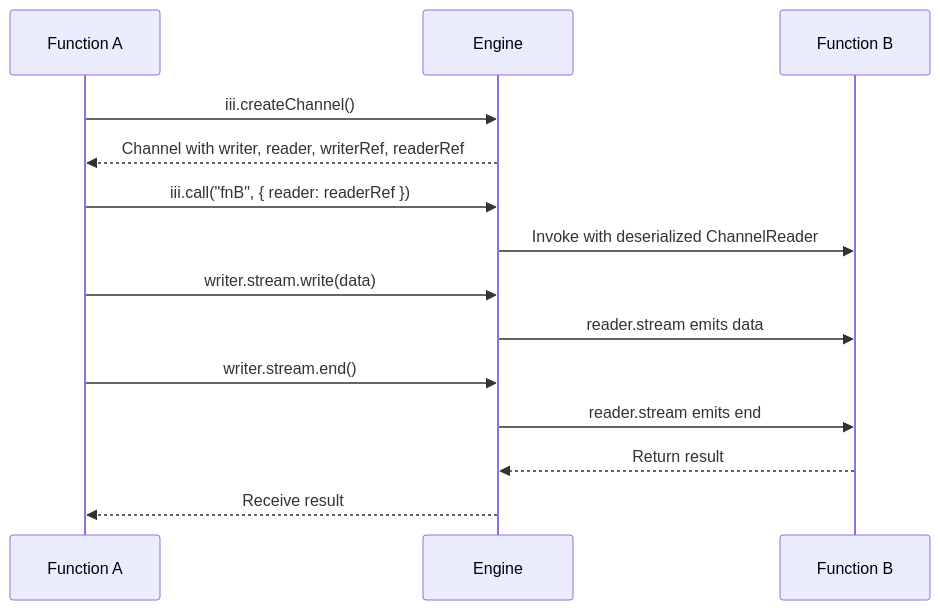
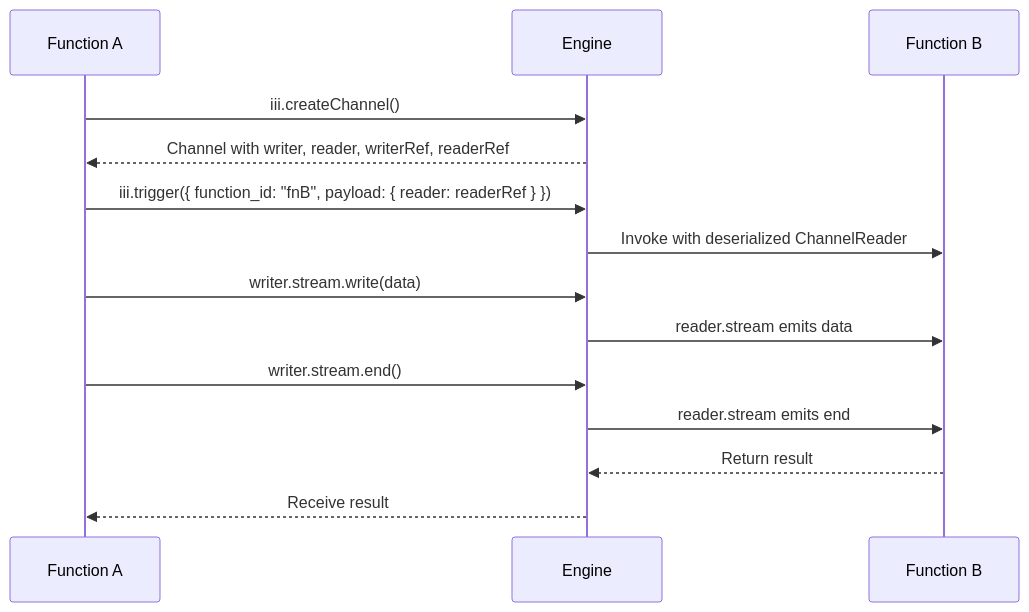
One commit to MotiaDev/motia changed the first of 2 diagrams in docs/content/architecture/channels.mdx. Above: the diagram before and after it, drawn with Mermaid. The commit also changed other lines of this file and 42 other files, not shown here.

````diff
--- a/docs/content/architecture/channels.mdx
+++ b/docs/content/architecture/channels.mdx
@@ -21,20 +21,20 @@
 ```mermaid
 sequenceDiagram
     participant FnA as Function A
     participant Engine
     participant FnB as Function B
 
     FnA->>Engine: iii.createChannel()
     Engine-->>FnA: Channel with writer, reader, writerRef, readerRef
 
-    FnA->>Engine: iii.call("fnB", { reader: readerRef })
+    FnA->>Engine: iii.trigger({ function_id: "fnB", payload: { reader: readerRef } })
     Engine->>FnB: Invoke with deserialized ChannelReader
 
     FnA->>Engine: writer.stream.write(data)
     Engine->>FnB: reader.stream emits data
 
     FnA->>Engine: writer.stream.end()
     Engine->>FnB: reader.stream emits end
     FnB-->>Engine: Return result
     Engine-->>FnA: Receive result
 ```
````
